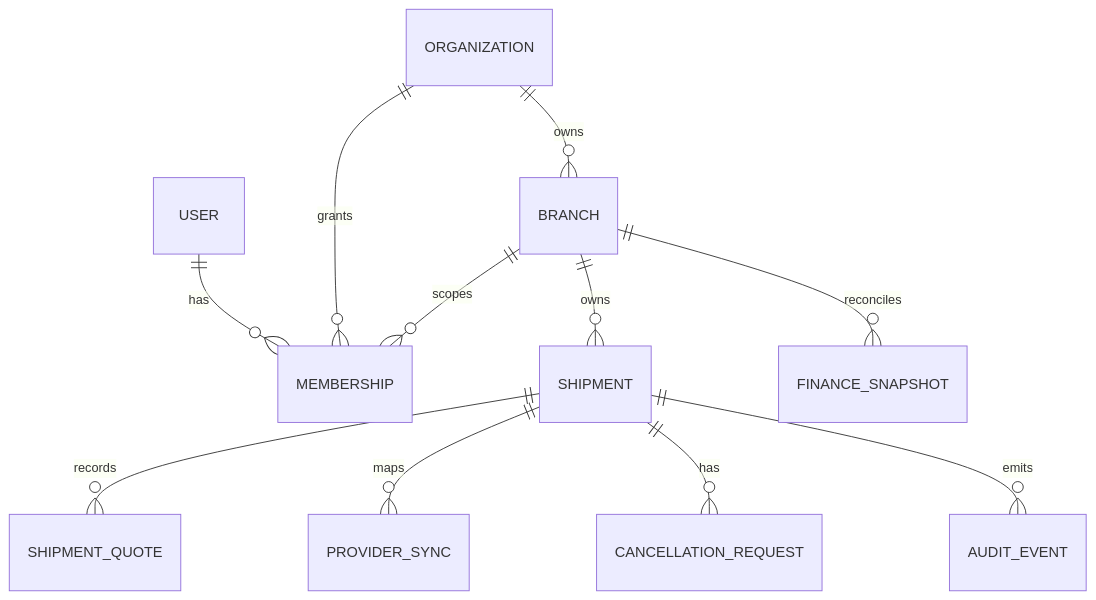
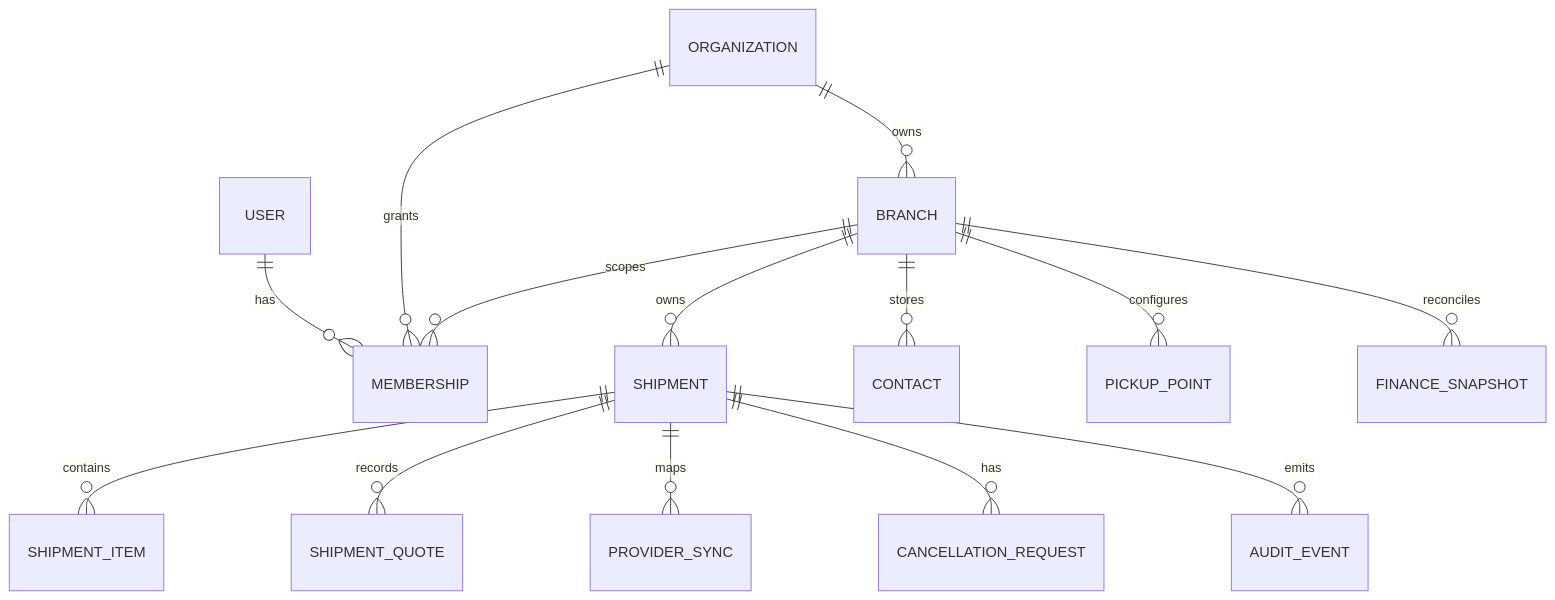
The diagram in docs/spec/05-DATA-MODEL.md (ongkipro/geraihub), drawn with Mermaid before and after one commit. The commit also changed other lines of this file and 36 other files, not shown here.

````diff
--- a/docs/spec/05-DATA-MODEL.md
+++ b/docs/spec/05-DATA-MODEL.md
@@ -15,13 +15,16 @@
 ```mermaid
 erDiagram
   ORGANIZATION ||--o{ BRANCH : owns
   USER ||--o{ MEMBERSHIP : has
   ORGANIZATION ||--o{ MEMBERSHIP : grants
   BRANCH ||--o{ MEMBERSHIP : scopes
   BRANCH ||--o{ SHIPMENT : owns
+  BRANCH ||--o{ CONTACT : stores
+  BRANCH ||--o{ PICKUP_POINT : configures
+  SHIPMENT ||--o{ SHIPMENT_ITEM : contains
   SHIPMENT ||--o{ SHIPMENT_QUOTE : records
   SHIPMENT ||--o{ PROVIDER_SYNC : maps
   SHIPMENT ||--o{ CANCELLATION_REQUEST : has
   SHIPMENT ||--o{ AUDIT_EVENT : emits
   BRANCH ||--o{ FINANCE_SNAPSHOT : reconciles
 ```
````
